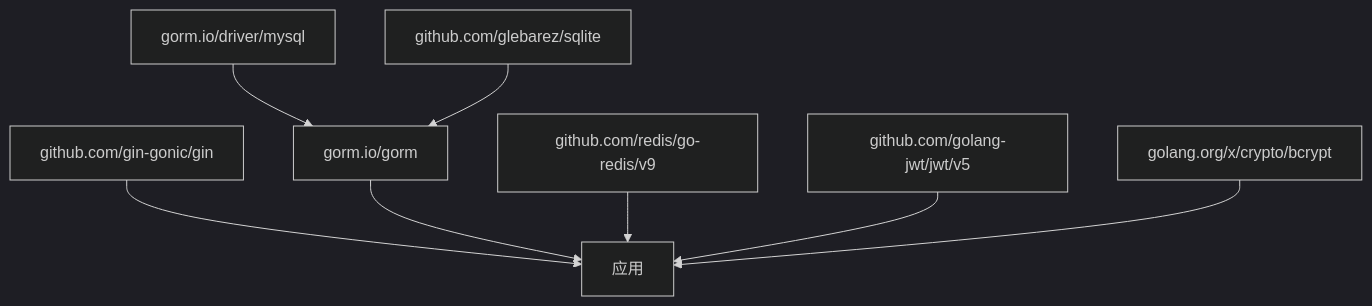
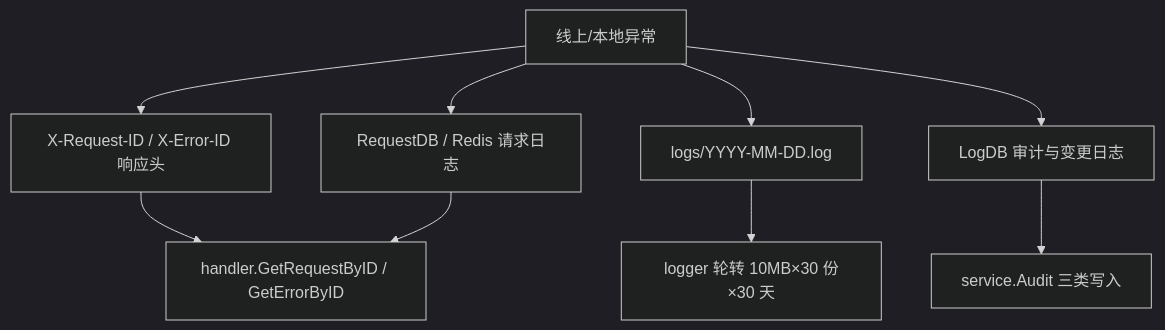
The fifth of 7 diagrams in docs/后端开发指南/后端开发指南.md (x01n/dnsplane), drawn with Mermaid (dark theme) before and after one commit. The commit also changed other lines of this file and 326 other files, not shown here.

````diff
--- a/docs/后端开发指南/后端开发指南.md
+++ b/docs/后端开发指南/后端开发指南.md
@@ -298,10 +468,12 @@
 ```mermaid
 graph TB
-Gin["github.com/gin-gonic/gin"] --> App["应用"]
-GORM["gorm.io/gorm"] --> App
-MySQL["gorm.io/driver/mysql"] --> GORM
-SQLite["github.com/glebarez/sqlite"] --> GORM
-Redis["github.com/redis/go-redis/v9"] --> App
-JWT["github.com/golang-jwt/jwt/v5"] --> App
-Bcrypt["golang.org/x/crypto/bcrypt"] --> App
+Symptom["线上/本地异常"]
+Symptom --> A["X-Request-ID / X-Error-ID 响应头"]
+Symptom --> B["logs/YYYY-MM-DD.log"]
+Symptom --> C["RequestDB / Redis 请求日志"]
+Symptom --> D["LogDB 审计与变更日志"]
+A --> Q["handler.GetRequestByID / GetErrorByID"]
+C --> Q
+B --> L["logger 轮转 10MB×30 份×30 天"]
+D --> Audit["service.Audit 三类写入"]
 ```
````
